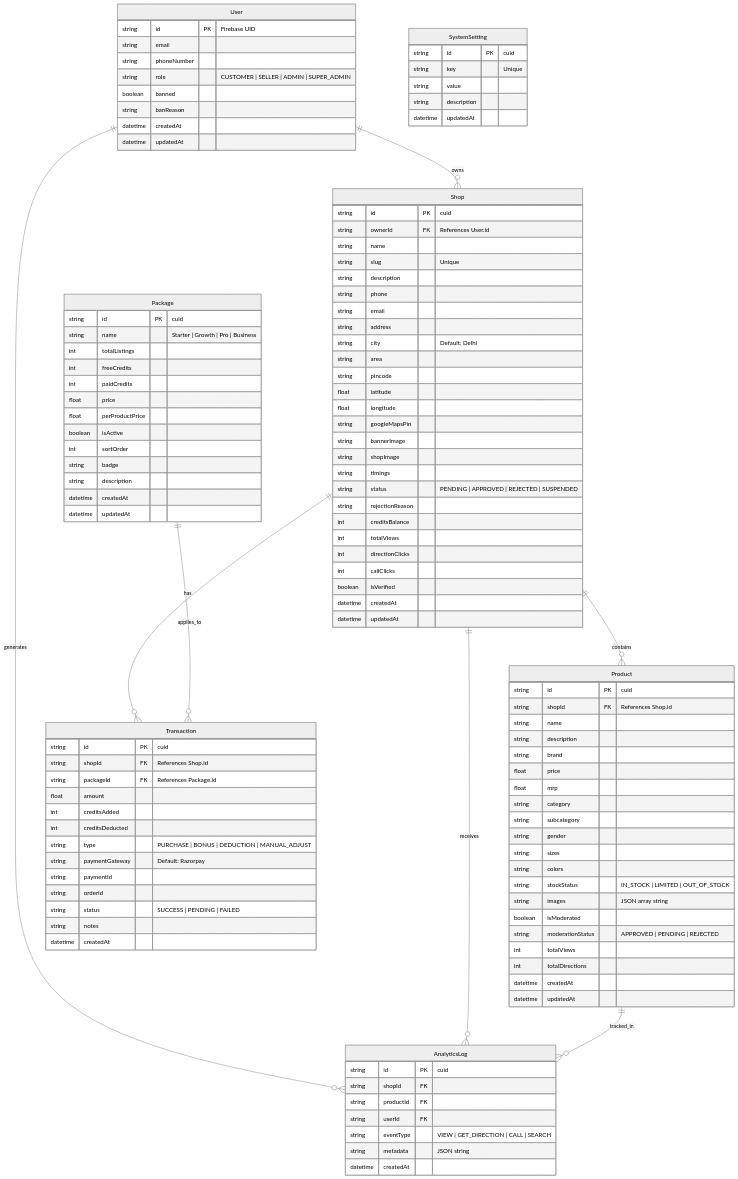
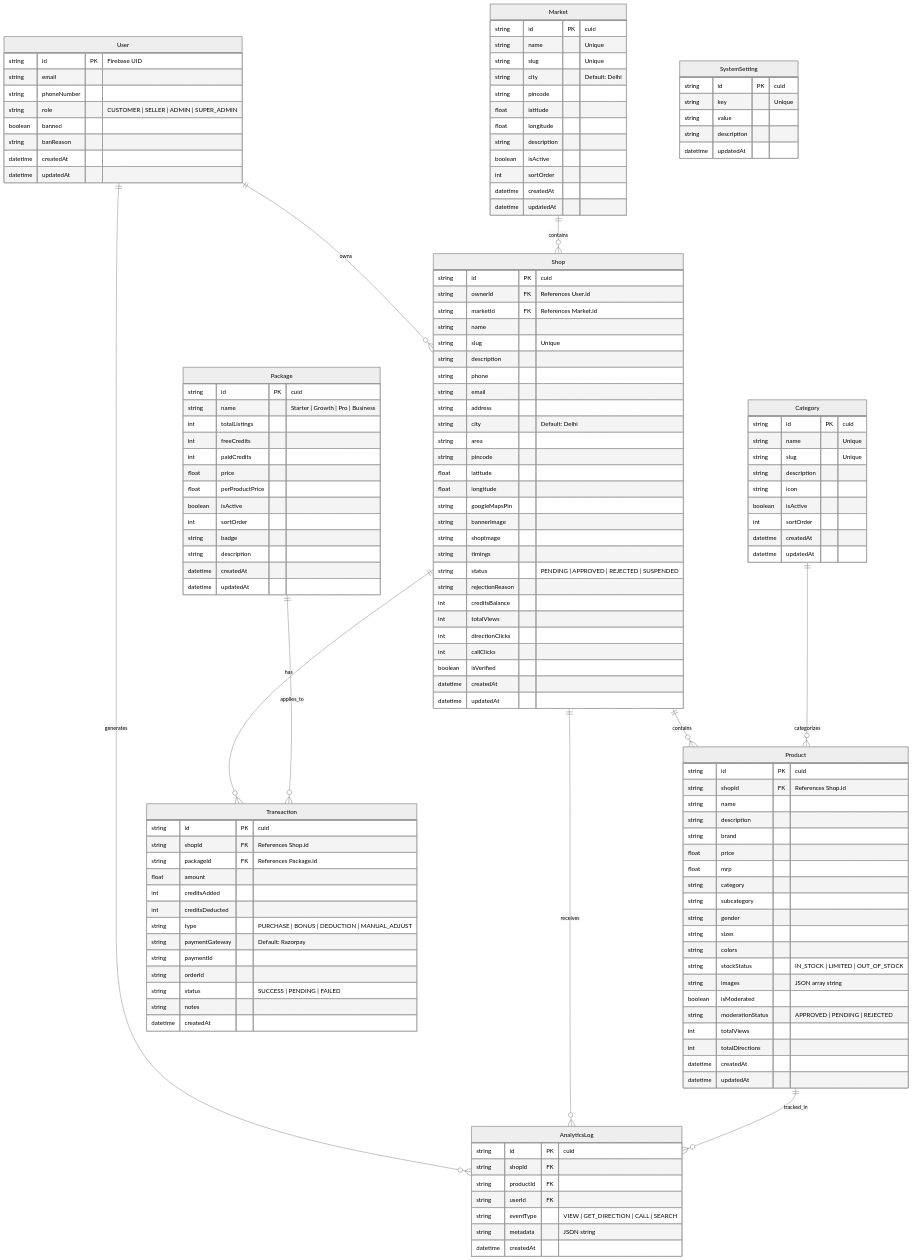
Before and after one commit to Amirulalimallick2005/VyomShop-Internal: the first of 2 diagrams in backend/docs/FLOW.md, drawn with Mermaid (neutral theme). The commit also changed other lines of this file and 25 other files, not shown here.

```diff
--- a/backend/docs/FLOW.md
+++ b/backend/docs/FLOW.md
@@ -47,9 +47,11 @@
 erDiagram
     User ||--o{ Shop : owns
     User ||--o{ AnalyticsLog : generates
+    Market ||--o{ Shop : contains
     Shop ||--o{ Product : contains
     Shop ||--o{ Transaction : has
     Shop ||--o{ AnalyticsLog : receives
+    Category ||--o{ Product : categorizes
     Package ||--o{ Transaction : applies_to
     Product ||--o{ AnalyticsLog : tracked_in
     SystemSetting
@@ -68,6 +70,7 @@
     Shop {
         string id PK "cuid"
         string ownerId FK "References User.id"
+        string marketId FK "References Market.id"
         string name
         string slug "Unique"
         string description
@@ -157,6 +160,33 @@
         datetime updatedAt
     }
 
+    Category {
+        string id PK "cuid"
+        string name "Unique"
+        string slug "Unique"
+        string description
+        string icon
+        boolean isActive
+        int sortOrder
+        datetime createdAt
+        datetime updatedAt
+    }
+
+    Market {
+        string id PK "cuid"
+        string name "Unique"
+        string slug "Unique"
+        string city "Default: Delhi"
+        string pincode
+        float latitude
+        float longitude
+        string description
+        boolean isActive
+        int sortOrder
+        datetime createdAt
+        datetime updatedAt
+    }
+
     AnalyticsLog {
         string id PK "cuid"
         string shopId FK
```
